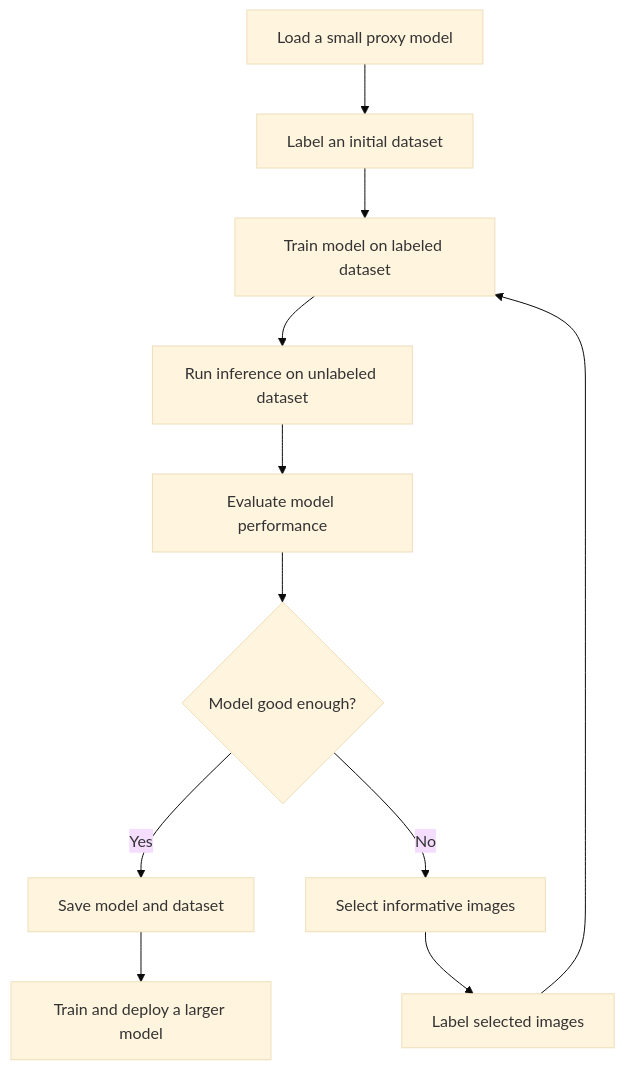
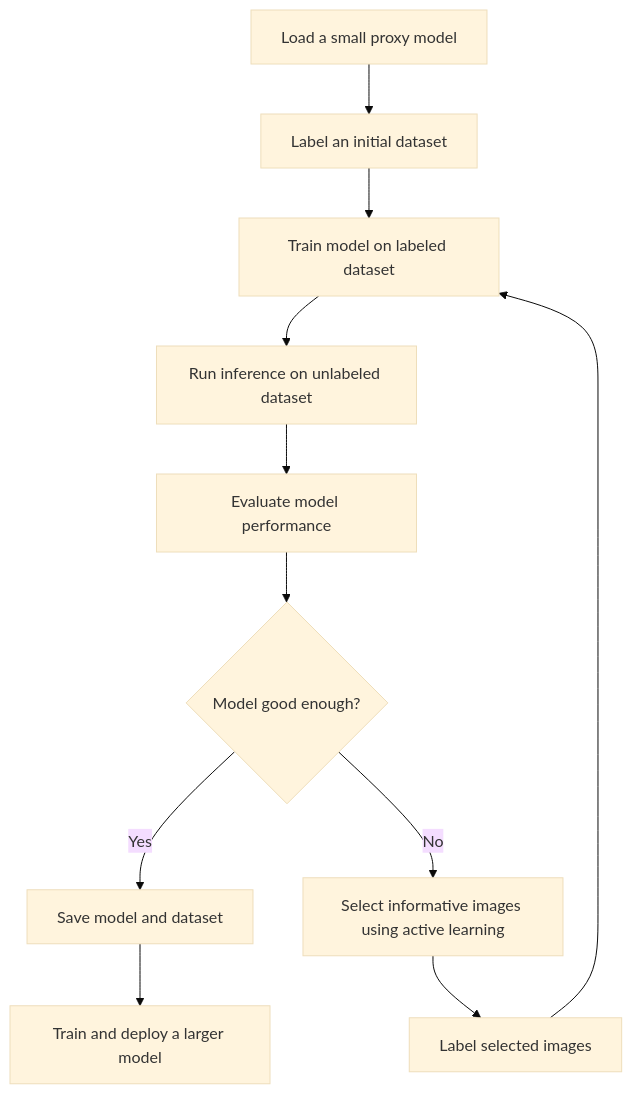
Before and after one commit to dnth/active-learning-flywheel: the diagram in README.md, drawn with Mermaid (base theme).

````diff
--- a/README.md
+++ b/README.md
@@ -30,13 +30,13 @@
 ```mermaid
 graph TD
     A[Load a small proxy model] --> B[Label an initial dataset]
     B --> C[Train model on labeled dataset]
     C --> D[Run inference on unlabeled dataset]
     D --> E[Evaluate model performance]
     E --> F{Model good enough?}
     F -->|Yes| G[Save model and dataset]
     G --> H[Train and deploy a larger model]
-    F -->|No| I[Select informative images]
+    F -->|No| I[Select informative images using active learning]
     I --> J[Label selected images]
     J --> C
 ```
````
